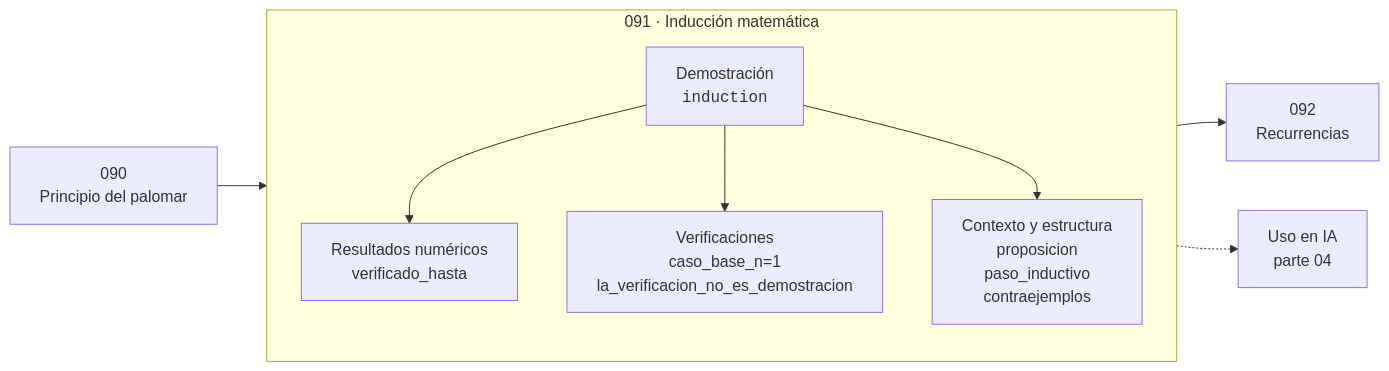
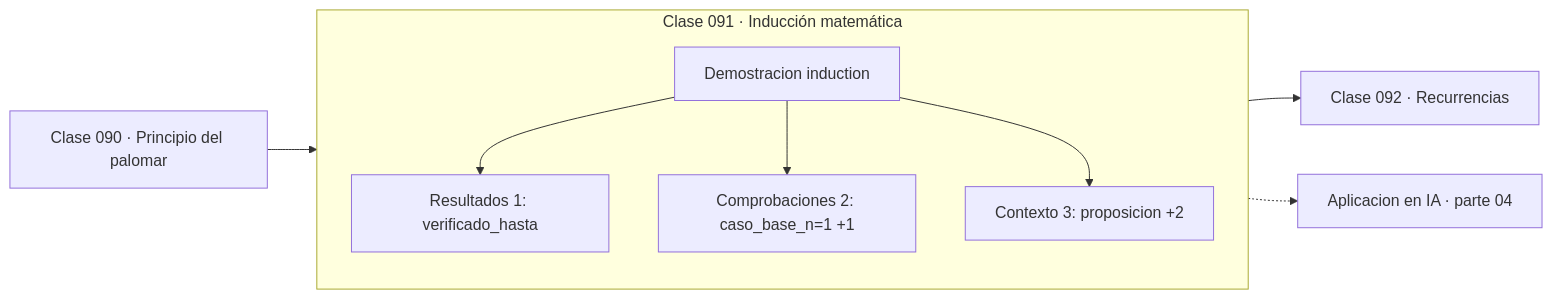
Before and after one commit to vladimiracunadev-create/computational-mathematics-program: the diagram in classes/part-04-matematica-discreta-para-computacion/091-induccion-matematica/README.md, drawn with Mermaid. The commit also changed other lines of this file and 389 other files, not shown here.

First line of the commit message:
fix(diagramas): elimina el HTML de las etiquetas Mermaid

````diff
--- a/classes/part-04-matematica-discreta-para-computacion/091-induccion-matematica/README.md
+++ b/classes/part-04-matematica-discreta-para-computacion/091-induccion-matematica/README.md
@@ -30,12 +36,13 @@
 ```mermaid
 flowchart LR
-    P["090<br/>Principio del palomar"] --> C
-    subgraph C["091 · Inducción matemática"]
+    P["Clase 090 · Principio del palomar"] --> D
+    subgraph CLASE["Clase 091 · Inducción matemática"]
         direction TB
-        D["Demostración<br/><code>induction</code>"] --> R["Resultados numéricos<br/>verificado_hasta"]
-        D --> V["Verificaciones<br/>caso_base_n=1<br/>la_verificacion_no_es_demostracion"]
-        D --> O["Contexto y estructura<br/>proposicion<br/>paso_inductivo<br/>contraejemplos"]
+        D["Demostracion induction"]
+        D --> R["Resultados 1: verificado_hasta"]
+        D --> V["Comprobaciones 2: caso_base_n=1 +1"]
+        D --> O["Contexto 3: proposicion +2"]
     end
-    C --> N["092<br/>Recurrencias"]
-    C -.-> IA["Uso en IA<br/>parte 04"]
+    R --> N["Clase 092 · Recurrencias"]
+    V -.-> IA["Aplicacion en IA · parte 04"]
 ```
````
